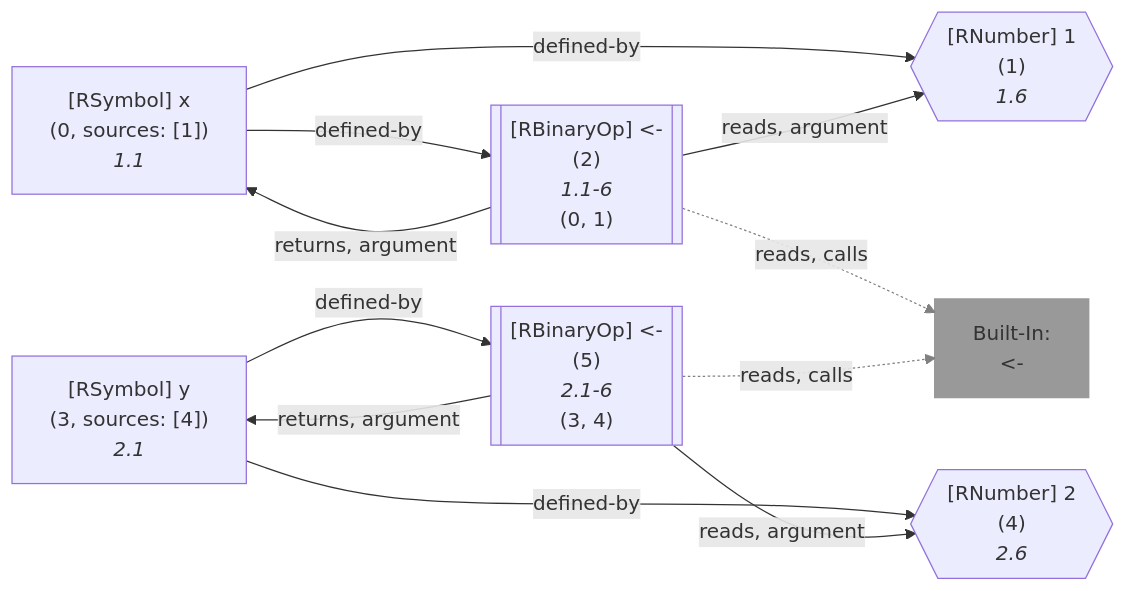
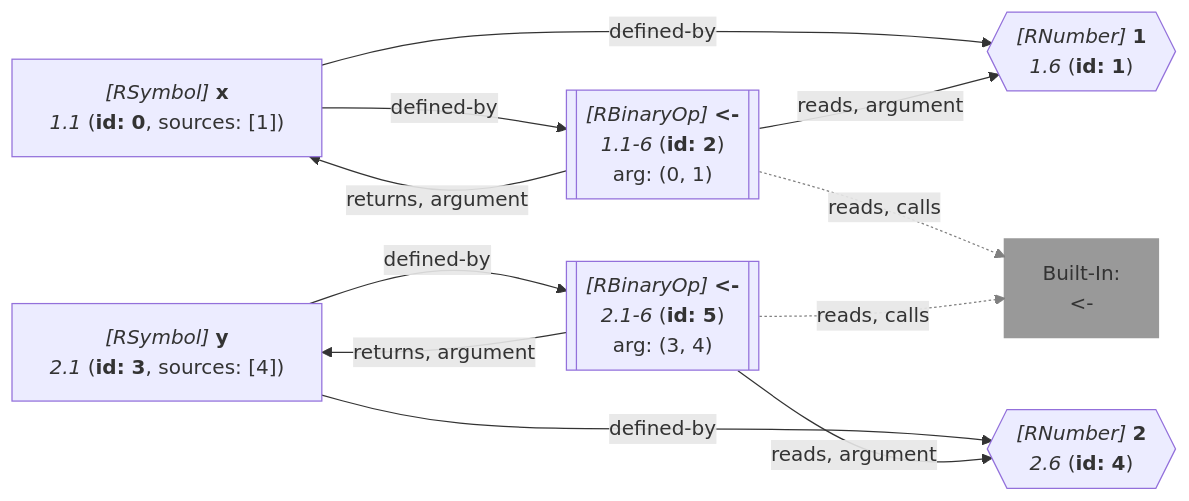
Diagram 11 of 21 in wiki/Query API.md (flowr-analysis/flowr), drawn with Mermaid before and after one commit. The commit also changed other lines of this file and 87 other files, not shown here.

````diff
--- a/wiki/Query API.md
+++ b/wiki/Query API.md
@@ -4201,40 +4130,34 @@
 ```mermaid
 flowchart LR
-    1{{"`#91;RNumber#93; 1
-      (1)
-      *1.6*`"}}
+    1{{"`*#91;RNumber#93;* **1**
+      *1.6* (**id: 1**)`"}}
    %% No edges found for 1
-    0["`#91;RSymbol#93; x
-      (0, sources: [1])
-      *1.1*`"]
-    2[["`#91;RBinaryOp#93; #60;#45;
-      (2)
-      *1.1-6*
-    (0, 1)`"]]
+    0["`*#91;RSymbol#93;* **x**
+      *1.1* (**id: 0**, sources: [1])`"]
+    2[["`*#91;RBinaryOp#93;* **#60;#45;**
+      *1.1-6* (**id: 2**)
+    arg: (0, 1)`"]]
     built-in:_-["`Built-In:
 #60;#45;`"]
     style built-in:_- stroke:gray,fill:gray,stroke-width:2px,opacity:.8;
-    4{{"`#91;RNumber#93; 2
-      (4)
-      *2.6*`"}}
+    4{{"`*#91;RNumber#93;* **2**
+      *2.6* (**id: 4**)`"}}
    %% No edges found for 4
-    3["`#91;RSymbol#93; y
-      (3, sources: [4])
-      *2.1*`"]
-    5[["`#91;RBinaryOp#93; #60;#45;
-      (5)
-      *2.1-6*
-    (3, 4)`"]]
+    3["`*#91;RSymbol#93;* **y**
+      *2.1* (**id: 3**, sources: [4])`"]
+    5[["`*#91;RBinaryOp#93;* **#60;#45;**
+      *2.1-6* (**id: 5**)
+    arg: (3, 4)`"]]
     0 -->|"defined-by"| 1
     0 -->|"defined-by"| 2
     2 -->|"reads, argument"| 1
     2 -->|"returns, argument"| 0
     2 -.->|"reads, calls"| built-in:_-
     linkStyle 4 stroke:gray;
     3 -->|"defined-by"| 4
     3 -->|"defined-by"| 5
     5 -->|"reads, argument"| 4
     5 -->|"returns, argument"| 3
     5 -.->|"reads, calls"| built-in:_-
     linkStyle 9 stroke:gray;
 ```
````
